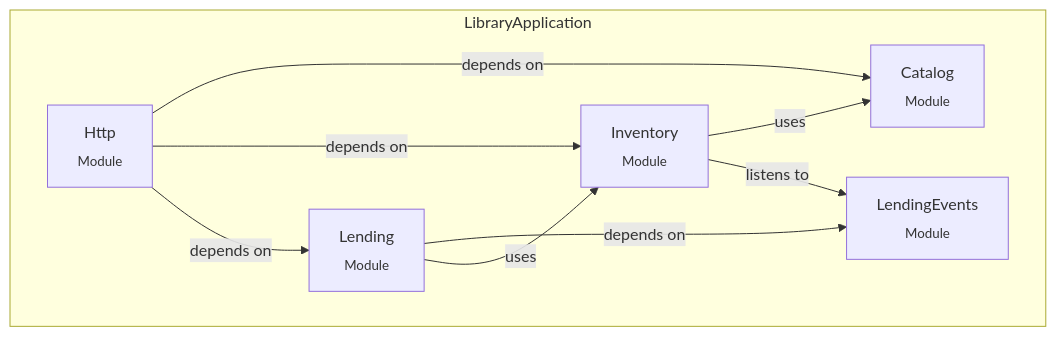
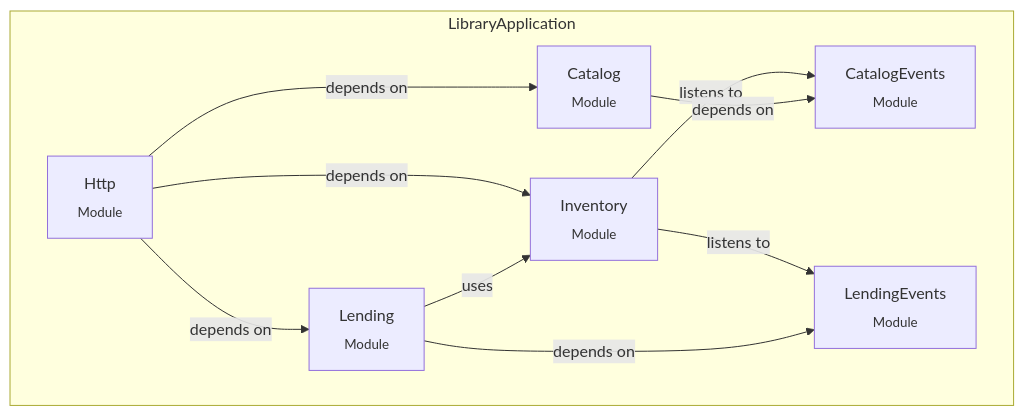
Before and after one commit to JamesMcMahon/spring-boot-demo-modulith: the second of 2 diagrams in README.md, drawn with Mermaid. The commit also changed 16 other files, not shown here.

````diff
--- a/README.md
+++ b/README.md
@@ -77,19 +77,21 @@
 ```mermaid
 graph TD
   subgraph LibraryApplication
-    catalog[Catalog<br><sub>Module</sub>]
-    lendingEvents[LendingEvents<br><sub>Module</sub>]
-    inventory[Inventory<br><sub>Module</sub>]
-    lending[Lending<br><sub>Module</sub>]
-    http[Http<br><sub>Module</sub>]
+    CatalogEvents["CatalogEvents<br><sub>Module</sub>"]
+    LendingEvents["LendingEvents<br><sub>Module</sub>"]
+    Catalog["Catalog<br><sub>Module</sub>"]
+    Inventory["Inventory<br><sub>Module</sub>"]
+    Lending["Lending<br><sub>Module</sub>"]
+    Http["Http<br><sub>Module</sub>"]
   end
 
 %% Relationships
-  inventory -->|uses| catalog
-  inventory -->|listens to| lendingEvents
-  lending -->|depends on| lendingEvents
-  lending -->|uses| inventory
-  http -->|depends on| catalog
-  http -->|depends on| inventory
-  http -->|depends on| lending
+  Http -->|depends on| Catalog
+  Http -->|depends on| Inventory
+  Http -->|depends on| Lending
+  Inventory -->|listens to| CatalogEvents
+  Inventory -->|listens to| LendingEvents
+  Lending -->|depends on| LendingEvents
+  Lending -->|uses| Inventory
+  Catalog -->|depends on| CatalogEvents
 ```
````
